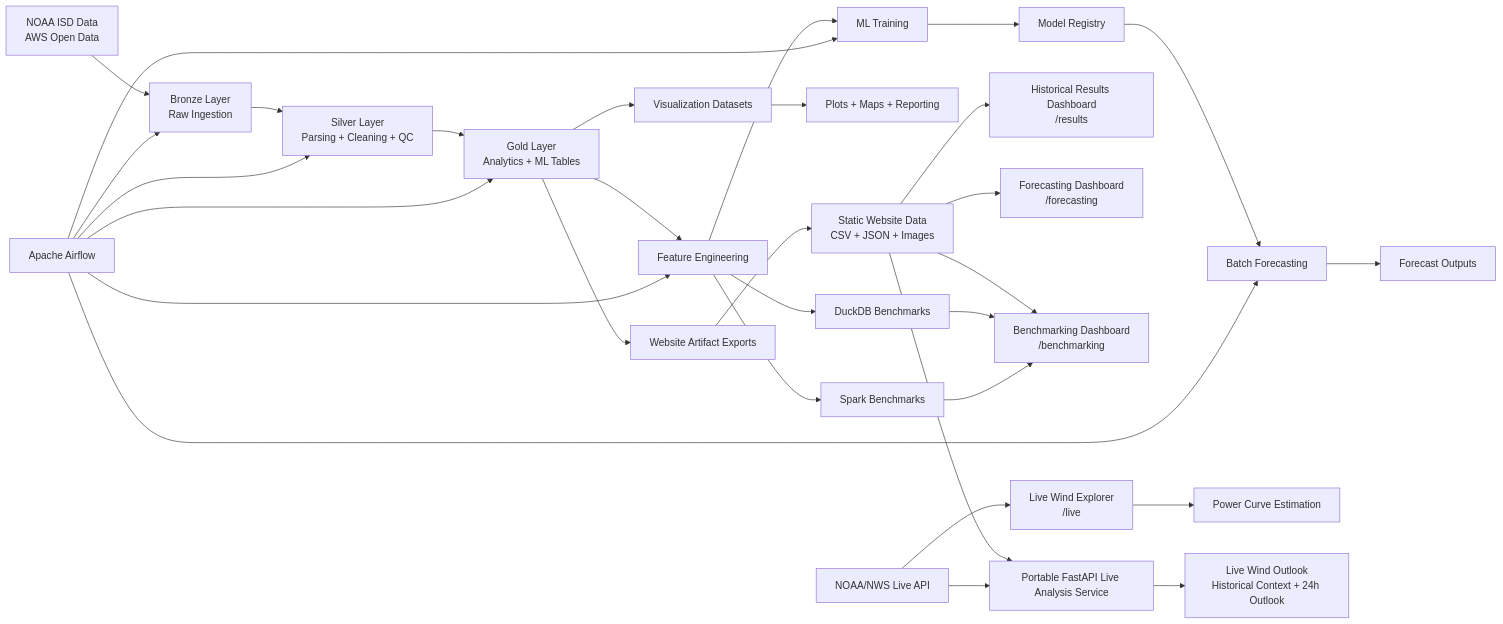
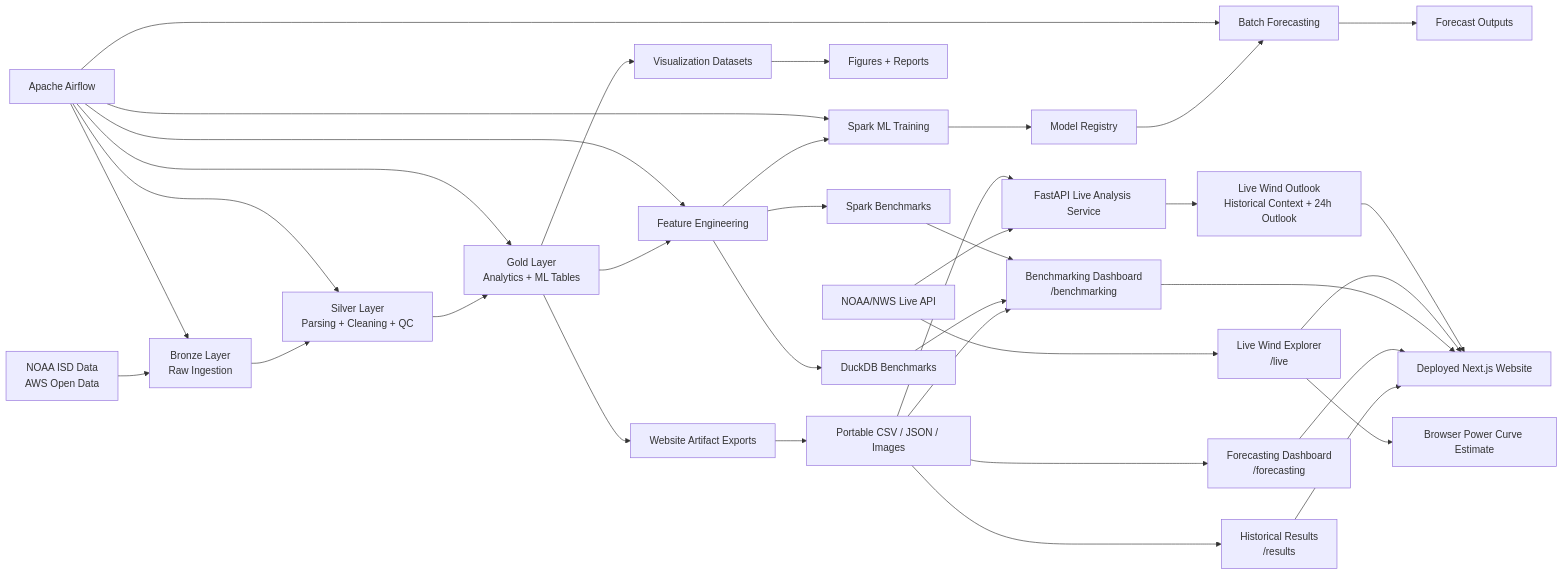
One commit to ibrahimhamza01/renewable-energy-forecasting-pipeline changed the diagram in README.md. Above: the diagram before and after it, drawn with Mermaid. The commit also changed other lines of this file, not shown here.

````diff
--- a/README.md
+++ b/README.md
@@ -64,42 +106,48 @@
 ```mermaid
 flowchart LR
 
 A["NOAA ISD Data<br/>AWS Open Data"] --> B["Bronze Layer<br/>Raw Ingestion"]
 B --> C["Silver Layer<br/>Parsing + Cleaning + QC"]
 C --> D["Gold Layer<br/>Analytics + ML Tables"]
 
 D --> E["Feature Engineering"]
-E --> F["ML Training"]
+E --> F["Spark ML Training"]
 F --> G["Model Registry"]
 G --> H["Batch Forecasting"]
 H --> I["Forecast Outputs"]
 
 D --> J["Visualization Datasets"]
-J --> K["Plots + Maps + Reporting"]
+J --> K["Figures + Reports"]
 
 D --> W1["Website Artifact Exports"]
-W1 --> W2["Static Website Data<br/>CSV + JSON + Images"]
+W1 --> W2["Portable CSV / JSON / Images"]
 
-W2 --> W3["Historical Results Dashboard<br/>/results"]
+W2 --> W3["Historical Results<br/>/results"]
 W2 --> W4["Forecasting Dashboard<br/>/forecasting"]
 W2 --> W5["Benchmarking Dashboard<br/>/benchmarking"]
 
 E --> L["DuckDB Benchmarks"]
 E --> M["Spark Benchmarks"]
 L --> W5
 M --> W5
 
 N["Apache Airflow"] --> B
 N --> C
 N --> D
 N --> E
 N --> F
 N --> H
 
 P["NOAA/NWS Live API"] --> Q["Live Wind Explorer<br/>/live"]
-Q --> R["Power Curve Estimation"]
+Q --> R["Browser Power Curve Estimate"]
 
-W2 --> S["Portable FastAPI Live Analysis Service"]
-P --> S
+P --> S["FastAPI Live Analysis Service"]
+W2 --> S
 S --> T["Live Wind Outlook<br/>Historical Context + 24h Outlook"]
+
+W3 --> U["Deployed Next.js Website"]
+W4 --> U
+W5 --> U
+Q --> U
+T --> U
 ```
````
